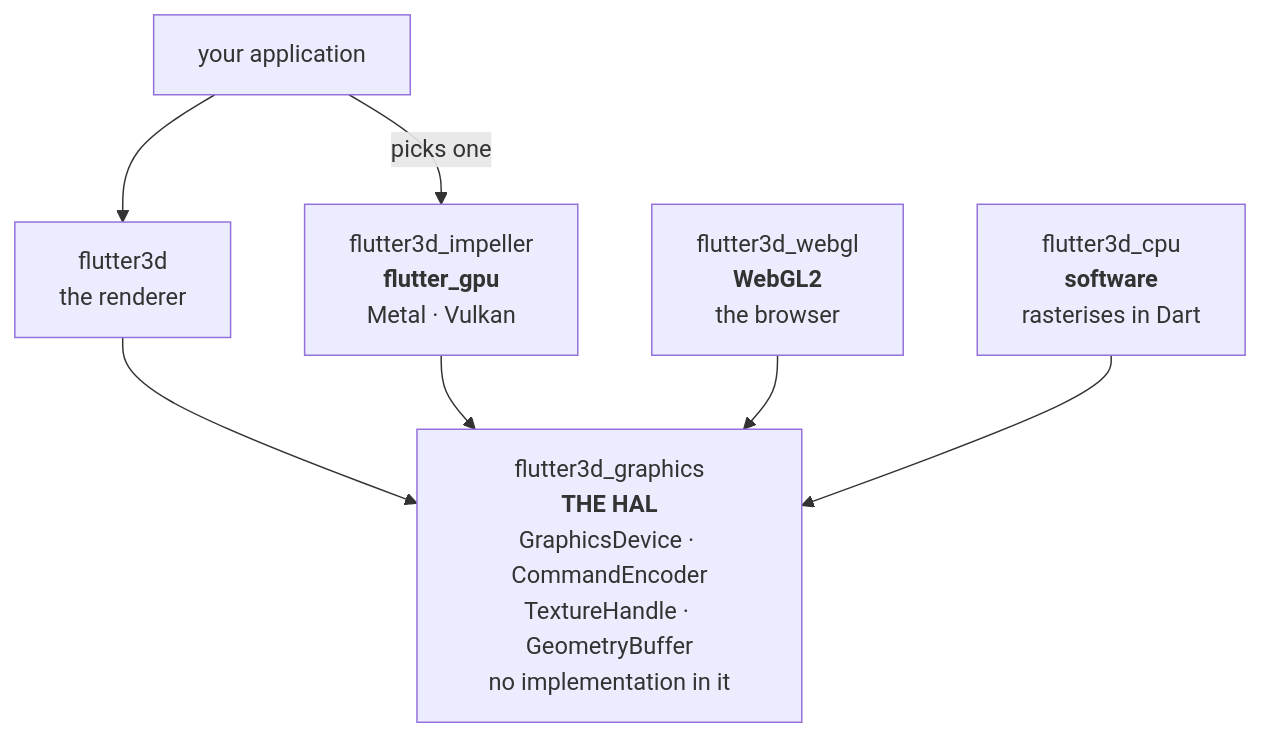
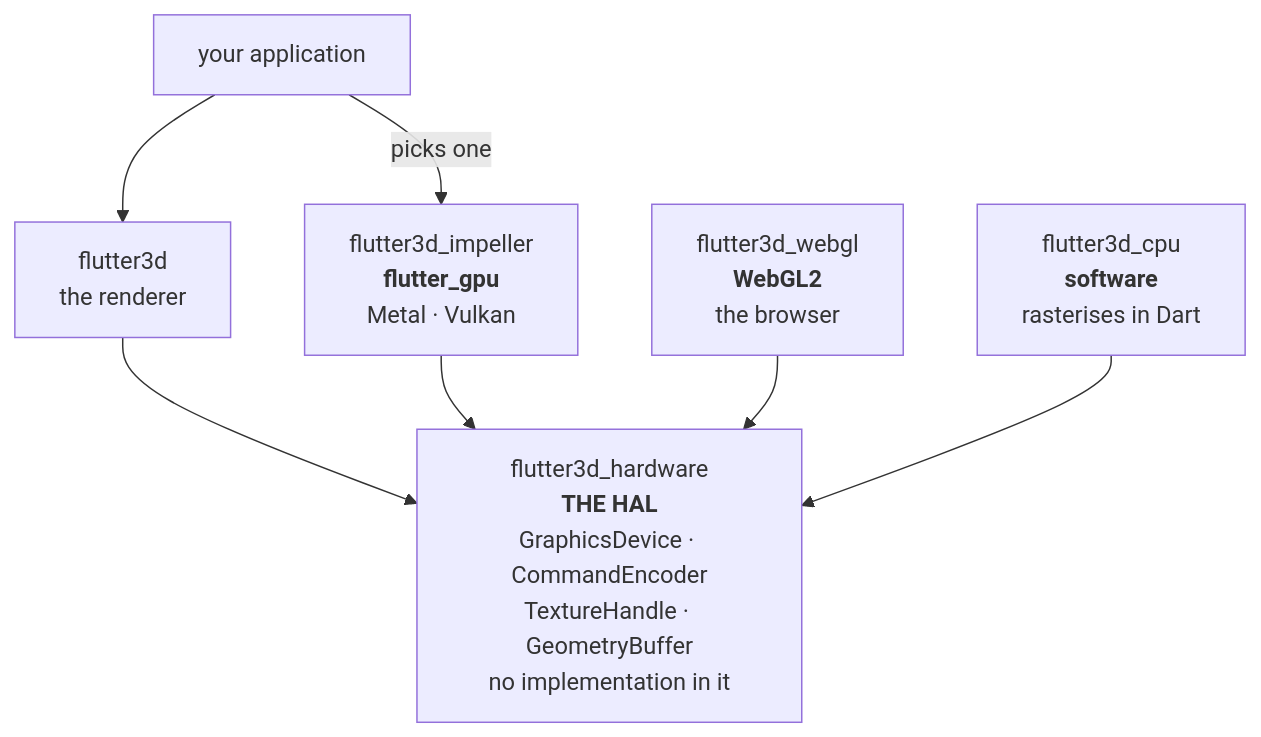
The first of 2 diagrams in site/content/core/architecture.md (pleiondev/flutter3d), drawn with Mermaid before and after one commit. The commit also changed other lines of this file and 33 other files, not shown here.

````diff
--- a/site/content/core/architecture.md
+++ b/site/content/core/architecture.md
@@ -15,16 +15,16 @@
 ```mermaid
 flowchart TB
   engine["flutter3d<br>the renderer"]
-  vocab["flutter3d_graphics<br><b>THE HAL</b><br>GraphicsDevice · CommandEncoder<br>TextureHandle · GeometryBuffer<br>no implementation in it"]
+  vocab["flutter3d_hardware<br><b>THE HAL</b><br>GraphicsDevice · CommandEncoder<br>TextureHandle · GeometryBuffer<br>no implementation in it"]
   impeller["flutter3d_impeller<br><b>flutter_gpu</b><br>Metal · Vulkan"]
   webgl["flutter3d_webgl<br><b>WebGL2</b><br>the browser"]
   cpu["flutter3d_cpu<br><b>software</b><br>rasterises in Dart"]
   app["your application"]
 
   engine --> vocab
   impeller --> vocab
   webgl --> vocab
   cpu --> vocab
   app -->|picks one| impeller
   app --> engine
 ```
````
